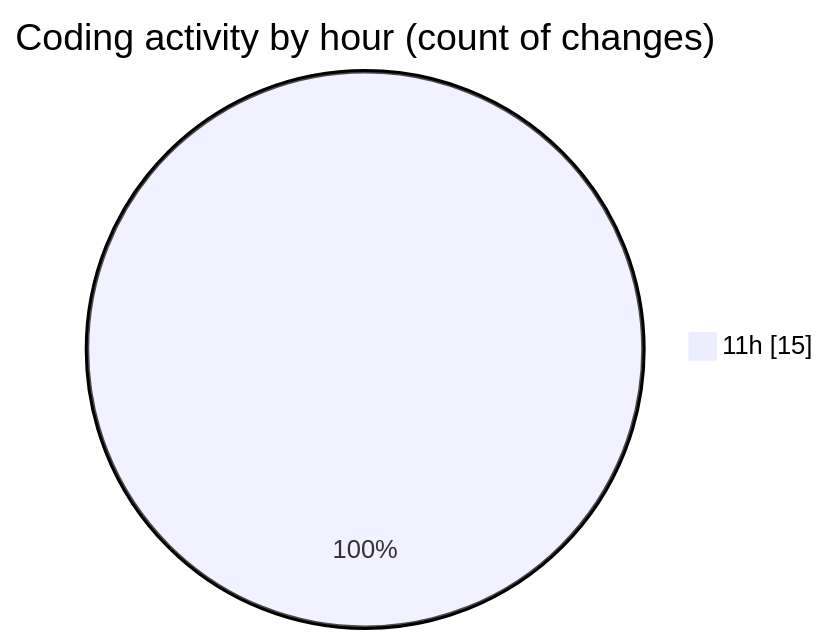
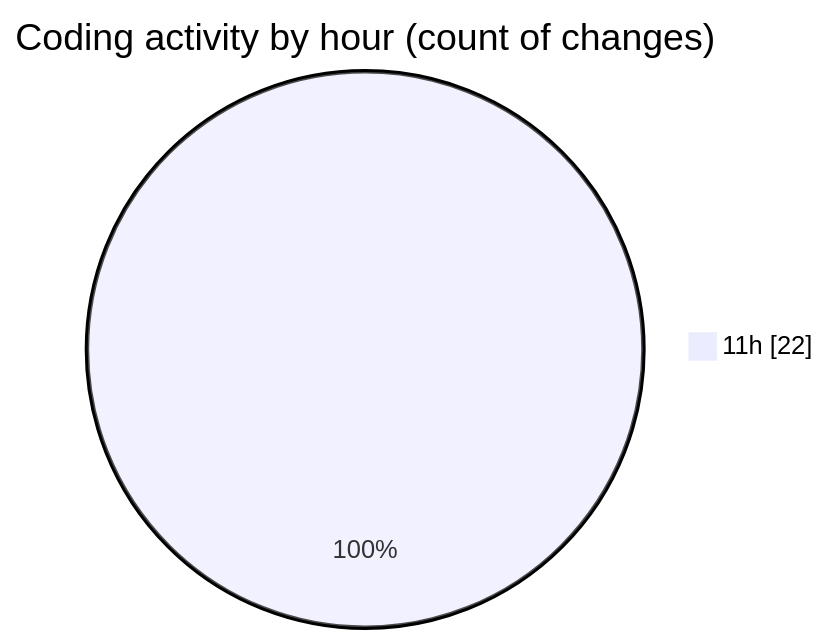
Before and after one commit to nxtqubesakshisongat/code-tracking: the second of 2 diagrams in 2025-07-23/nxtqube_webapp/README.md, drawn with Mermaid. The commit also changed other lines of this file and 1 other file, not shown here.

````diff
--- a/2025-07-23/nxtqube_webapp/README.md
+++ b/2025-07-23/nxtqube_webapp/README.md
@@ -28,5 +28,5 @@
 ```mermaid
 pie showData
 title Coding activity by hour (count of changes)
-"11h" : 15
+"11h" : 22
 ```
````
